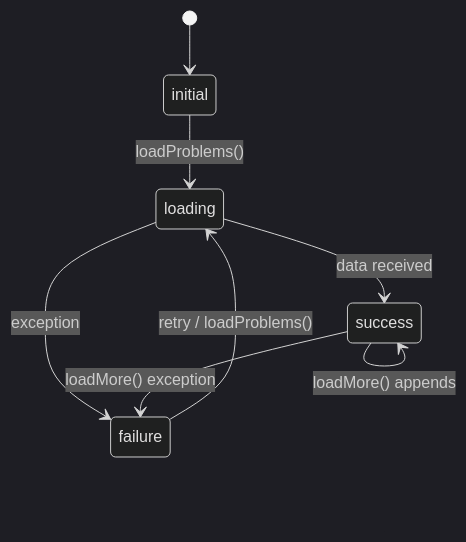
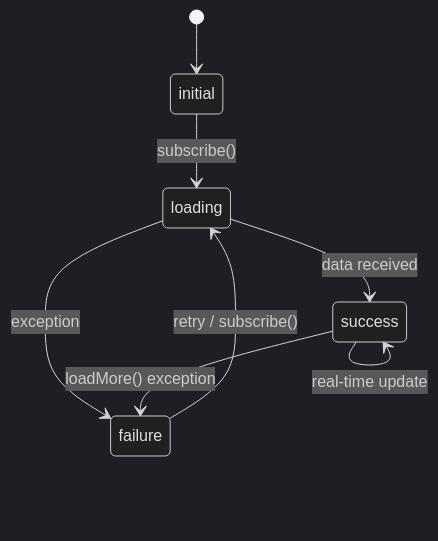
One commit to adsouza/votasq changed the seventh of 9 diagrams in ARCHITECTURE.md. Above: the diagram before and after it, drawn with Mermaid (dark theme). The commit also changed other lines of this file and 14 other files, not shown here.

````diff
--- a/ARCHITECTURE.md
+++ b/ARCHITECTURE.md
@@ -175,10 +198,11 @@
 ```mermaid
 stateDiagram-v2
     [*] --> initial
-    initial --> loading : loadProblems()
+    initial --> loading : subscribe()
     loading --> success : data received
     loading --> failure : exception
     success --> success : loadMore() appends
+    success --> success : real-time update
     success --> failure : loadMore() exception
-    failure --> loading : retry / loadProblems()
+    failure --> loading : retry / subscribe()
 ```
````
